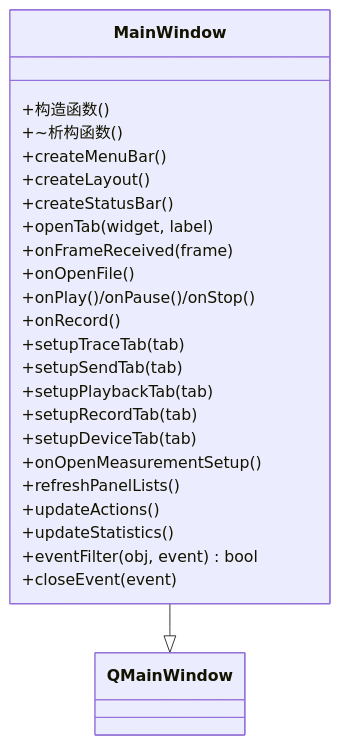
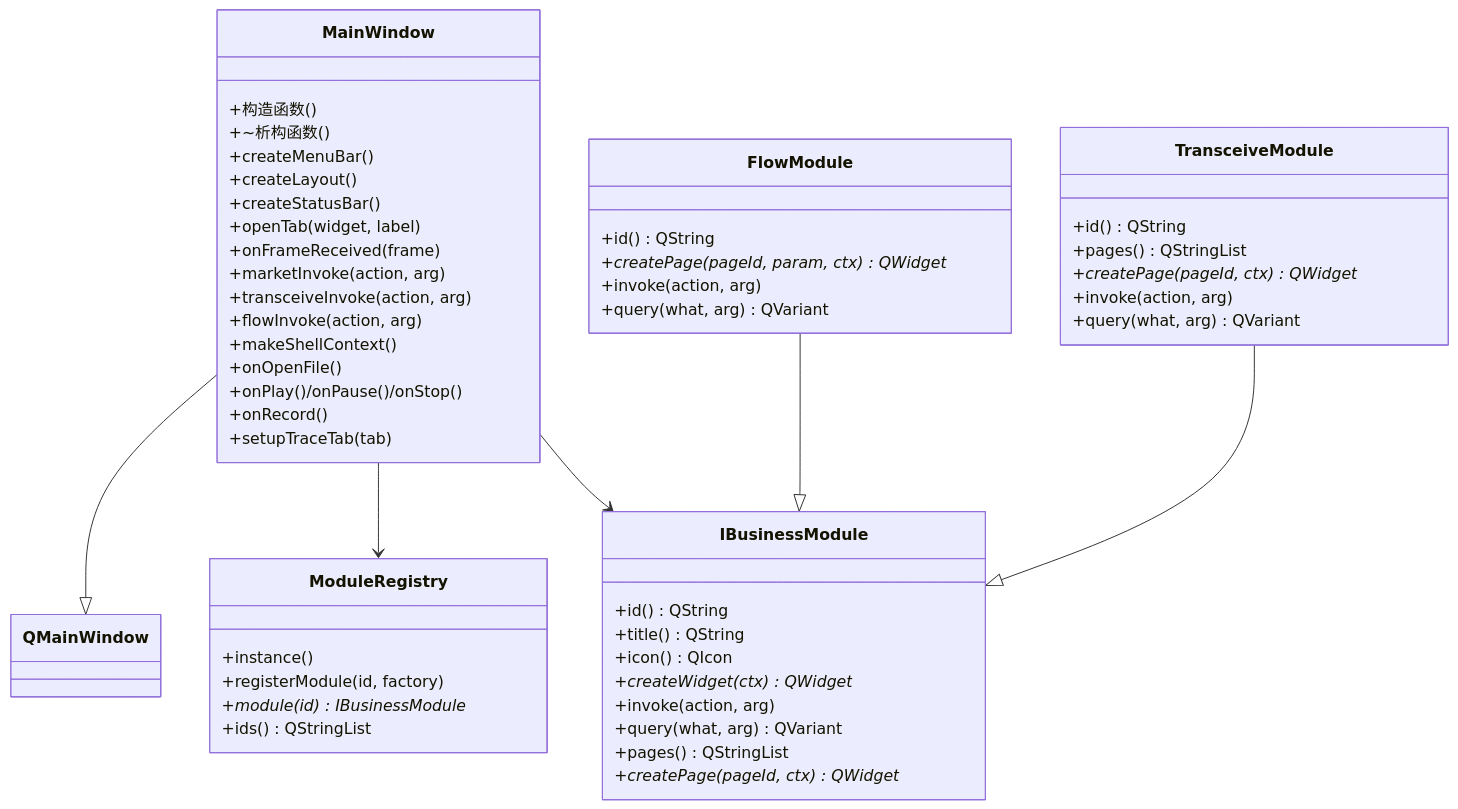
One commit to jakecai1225-design/OpenBus changed the third of 8 diagrams in .qoder/repowiki/zh/content/架构设计/主窗口组件架构.md. Above: the diagram before and after it, drawn with Mermaid. The commit also changed other lines of this file and 177 other files, not shown here.

````diff
--- a/.qoder/repowiki/zh/content/架构设计/主窗口组件架构.md
+++ b/.qoder/repowiki/zh/content/架构设计/主窗口组件架构.md
@@ -113,28 +148,54 @@
 ```mermaid
 classDiagram
 class MainWindow {
 +构造函数()
 +~析构函数()
 +createMenuBar()
 +createLayout()
 +createStatusBar()
 +openTab(widget, label)
 +onFrameReceived(frame)
++marketInvoke(action, arg)
++transceiveInvoke(action, arg)
++flowInvoke(action, arg)
++makeShellContext()
 +onOpenFile()
 +onPlay()/onPause()/onStop()
 +onRecord()
 +setupTraceTab(tab)
-+setupSendTab(tab)
-+setupPlaybackTab(tab)
-+setupRecordTab(tab)
-+setupDeviceTab(tab)
-+onOpenMeasurementSetup()
-+refreshPanelLists()
-+updateActions()
-+updateStatistics()
-+eventFilter(obj, event) bool
-+closeEvent(event)
 }
-class QMainWindow
+class ModuleRegistry {
++instance()
++registerModule(id, factory)
++module(id) IBusinessModule*
++ids() QStringList
+}
+class IBusinessModule {
++id() QString
++title() QString
++icon() QIcon
++createWidget(ctx) QWidget*
++invoke(action, arg)
++query(what, arg) QVariant
++pages() QStringList
++createPage(pageId, ctx) QWidget*
+}
+class FlowModule {
++id() QString
++createPage(pageId, param, ctx) QWidget*
++invoke(action, arg)
++query(what, arg) QVariant
+}
+class TransceiveModule {
++id() QString
++pages() QStringList
++createPage(pageId, ctx) QWidget*
++invoke(action, arg)
++query(what, arg) QVariant
+}
 MainWindow --|> QMainWindow
+MainWindow --> ModuleRegistry
+MainWindow --> IBusinessModule
+FlowModule --|> IBusinessModule
+TransceiveModule --|> IBusinessModule
 ```
````
